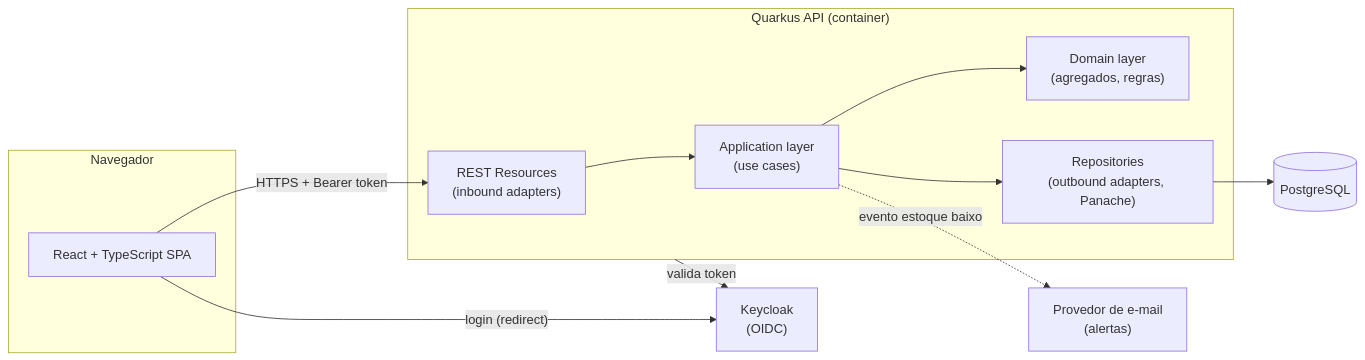
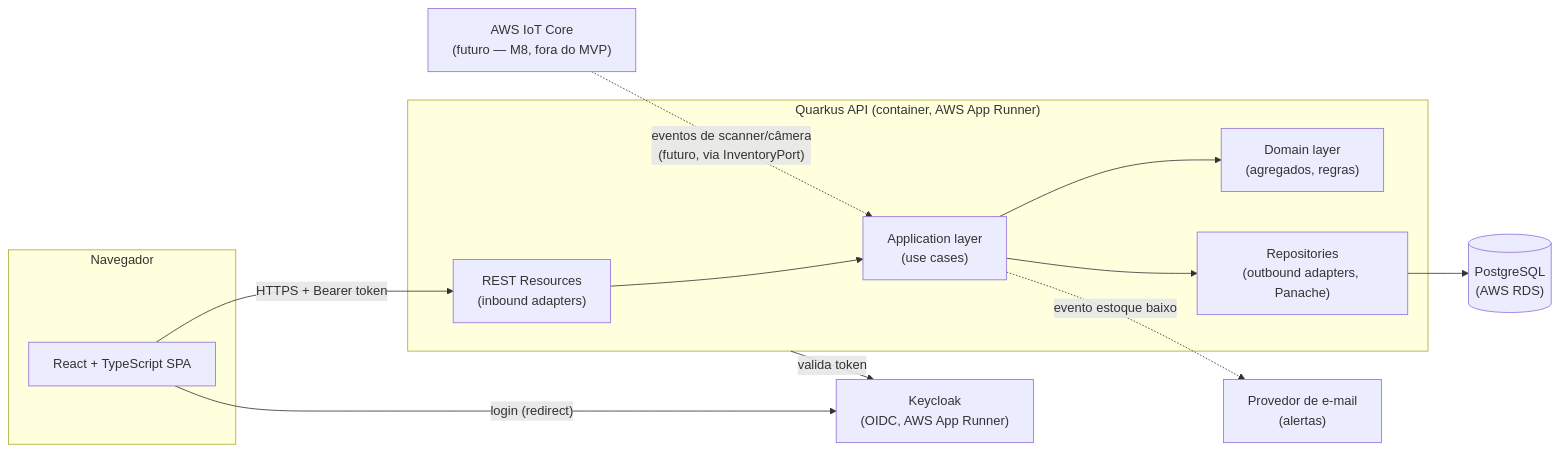
One commit to enzoblousa/StockInteligence changed the diagram in docs/spec/03-architecture.md. Above: the diagram before and after it, drawn with Mermaid. The commit also changed other lines of this file and 7 other files, not shown here.

````diff
--- a/docs/spec/03-architecture.md
+++ b/docs/spec/03-architecture.md
@@ -7,24 +7,26 @@
 ```mermaid
 flowchart LR
     subgraph Client["Navegador"]
         SPA["React + TypeScript SPA"]
     end
 
-    subgraph Backend["Quarkus API (container)"]
+    subgraph Backend["Quarkus API (container, AWS App Runner)"]
         REST["REST Resources\n(inbound adapters)"]
         APP["Application layer\n(use cases)"]
         DOM["Domain layer\n(agregados, regras)"]
         REPO["Repositories\n(outbound adapters, Panache)"]
     end
 
-    KC["Keycloak\n(OIDC)"]
-    DB[("PostgreSQL")]
+    KC["Keycloak\n(OIDC, AWS App Runner)"]
+    DB[("PostgreSQL\n(AWS RDS)")]
     MAIL["Provedor de e-mail\n(alertas)"]
+    IOT["AWS IoT Core\n(futuro — M8, fora do MVP)"]
 
     SPA -- "HTTPS + Bearer token" --> REST
     SPA -- "login (redirect)" --> KC
     REST --> APP --> DOM
     APP --> REPO --> DB
     Backend -- "valida token" --> KC
     APP -. "evento estoque baixo" .-> MAIL
+    IOT -. "eventos de scanner/câmera\n(futuro, via InventoryPort)" .-> APP
 ```
````
